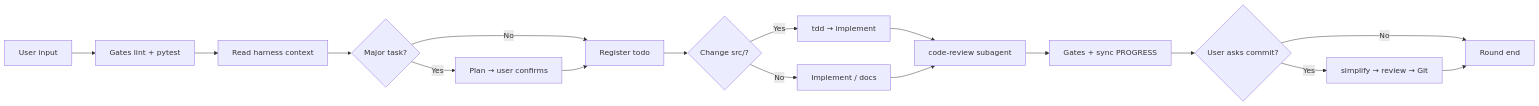
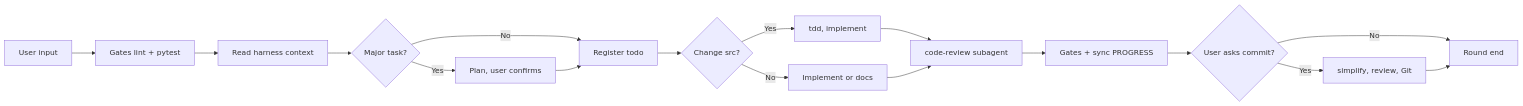
Before and after one commit to HYX-LHJ/mini-harness: the first of 2 diagrams in README.md, drawn with Mermaid. The commit also changed other lines of this file and 1 other file, not shown here.

Commit message:
fix: mermaid diagrams for GitHub rendering
Quote node labels and replace -> and / in text that broke GitHub Mermaid parser.

````diff
--- a/README.md
+++ b/README.md
@@ -76,19 +76,19 @@
 ```mermaid
 flowchart LR
-    A[User input] --> B[Gates lint + pytest]
-    B --> C[Read harness context]
-    C --> D{Major task?}
-    D -->|Yes| E[Plan → user confirms]
-    D -->|No| F[Register todo]
+    A["User input"] --> B["Gates lint + pytest"]
+    B --> C["Read harness context"]
+    C --> D{"Major task?"}
+    D -->|Yes| E["Plan, user confirms"]
+    D -->|No| F["Register todo"]
     E --> F
-    F --> G{Change src/?}
-    G -->|Yes| H[tdd → implement]
-    G -->|No| I[Implement / docs]
-    H --> J[code-review subagent]
+    F --> G{"Change src?"}
+    G -->|Yes| H["tdd, implement"]
+    G -->|No| I["Implement or docs"]
+    H --> J["code-review subagent"]
     I --> J
-    J --> K[Gates + sync PROGRESS]
-    K --> L{User asks commit?}
-    L -->|Yes| M[simplify → review → Git]
-    L -->|No| N[Round end]
+    J --> K["Gates + sync PROGRESS"]
+    K --> L{"User asks commit?"}
+    L -->|Yes| M["simplify, review, Git"]
+    L -->|No| N["Round end"]
     M --> N
 ```
````
